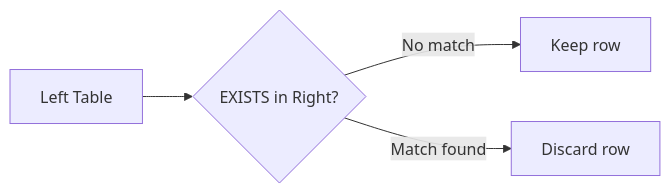
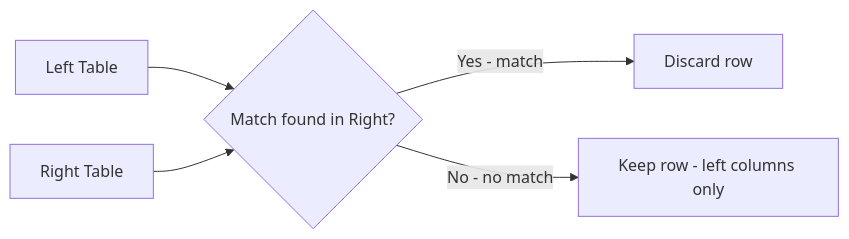
One commit to mahfooziiitian/spark-batch changed the first of 3 diagrams in spark-sql/docs/querying/joins/types/left_anti.md. Above: the diagram before and after it, drawn with Mermaid. The commit also changed other lines of this file and 130 other files, not shown here.

````diff
--- a/spark-sql/docs/querying/joins/types/left_anti.md
+++ b/spark-sql/docs/querying/joins/types/left_anti.md
@@ -9,6 +13,7 @@
 ```mermaid
 graph LR
-    L[Left Table] --> J{EXISTS in Right?}
-    J -->|No match| O[Keep row]
-    J -->|Match found| X[Discard row]
+    L[Left Table] --> J{Match found in Right?}
+    R[Right Table] --> J
+    J -->|Yes - match| X[Discard row]
+    J -->|No - no match| O[Keep row - left columns only]
 ```
````
